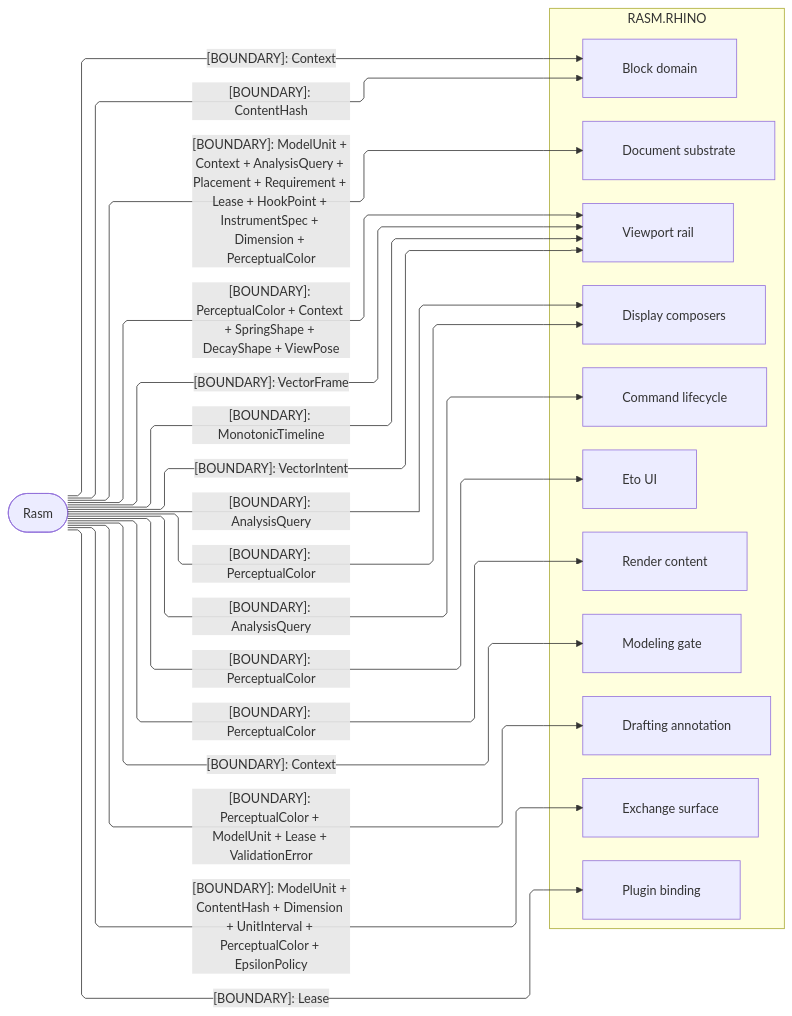
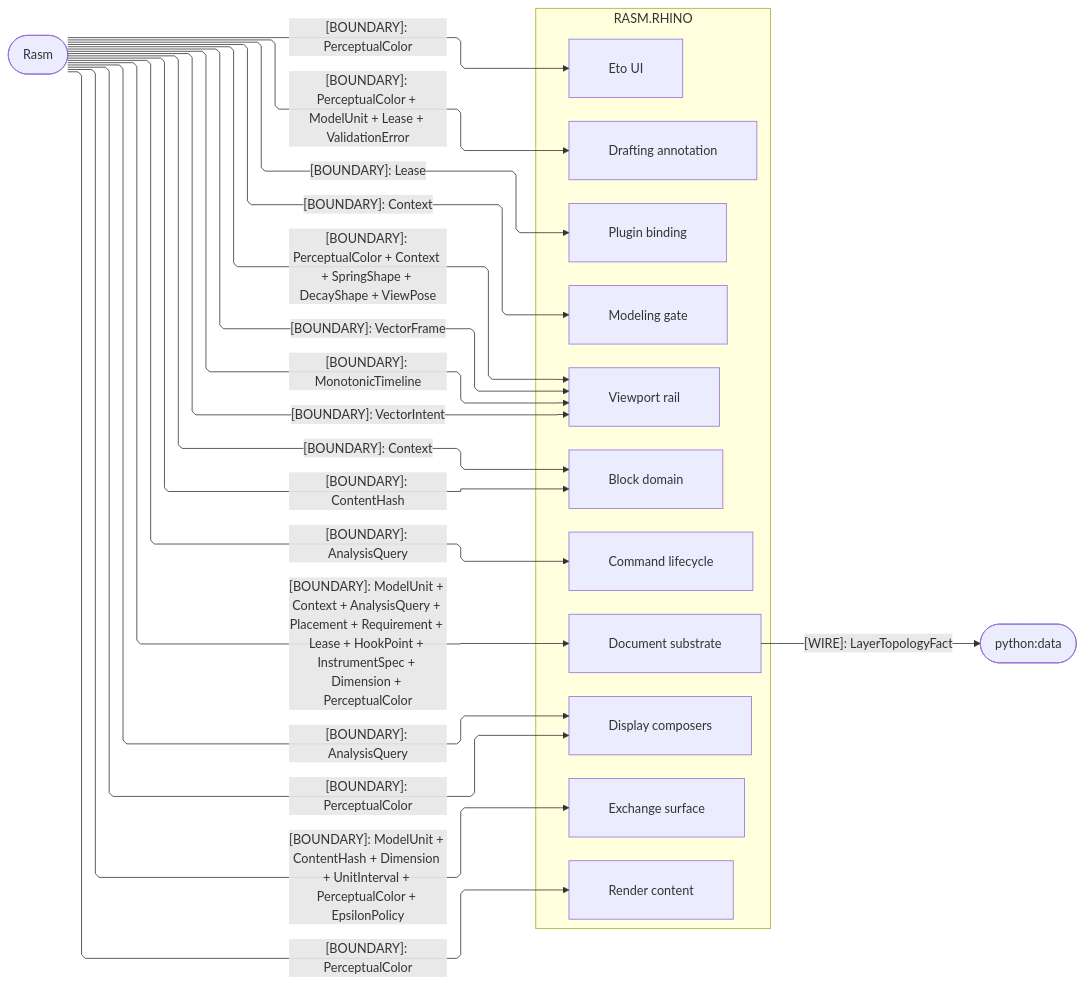
Before and after one commit to bsamiee/Rasm: the second of 3 diagrams in libs/csharp/Rasm.Rhino/ARCHITECTURE.md, drawn with Mermaid. The commit also changed other lines of this file and 84 other files, not shown here.

````diff
--- a/libs/csharp/Rasm.Rhino/ARCHITECTURE.md
+++ b/libs/csharp/Rasm.Rhino/ARCHITECTURE.md
@@ -180,42 +180,44 @@
 ```mermaid
 ---
 config:
   layout: elk
   flowchart:
     curve: linear
     padding: 25
 ---
 flowchart LR
     accTitle: Rasm.Rhino kernel-boundary seams
     accDescr: Rasm.Rhino host sub-domain owners consuming frozen-name value contracts down from the Rasm kernel, one boundary rail per consuming sub-domain.
     subgraph rhino[RASM.RHINO]
         Document[Document substrate]
         Commands[Command lifecycle]
         Blocks[Block domain]
         Modeling[Modeling gate]
         Annotation[Drafting annotation]
         Viewport[Viewport rail]
         Display[Display composers]
         Render[Render content]
         Exchange[Exchange surface]
         Eto[Eto UI]
         Plugin[Plugin binding]
     end
     Rasm([Rasm])
+    PyData([python:data])
     Rasm e1@-->|"[BOUNDARY]: ModelUnit + Context + AnalysisQuery + Placement + Requirement + Lease + HookPoint + InstrumentSpec + Dimension + PerceptualColor"| Document
     Rasm e2@-->|"[BOUNDARY]: VectorFrame"| Viewport
     Rasm e3@-->|"[BOUNDARY]: AnalysisQuery"| Commands
     Rasm e4@-->|"[BOUNDARY]: PerceptualColor"| Eto
     Rasm e5@-->|"[BOUNDARY]: MonotonicTimeline"| Viewport
     Rasm e6@-->|"[BOUNDARY]: VectorIntent"| Viewport
     Rasm e7@-->|"[BOUNDARY]: Context"| Modeling
     Rasm e8@-->|"[BOUNDARY]: ContentHash"| Blocks
     Rasm e9@-->|"[BOUNDARY]: PerceptualColor"| Display
     Rasm e14@-->|"[BOUNDARY]: AnalysisQuery"| Display
     Rasm e10@-->|"[BOUNDARY]: PerceptualColor"| Render
     Rasm e11@-->|"[BOUNDARY]: PerceptualColor + Context + SpringShape + DecayShape + ViewPose"| Viewport
     Rasm e12@-->|"[BOUNDARY]: PerceptualColor + ModelUnit + Lease + ValidationError"| Annotation
     Rasm e13@-->|"[BOUNDARY]: Context"| Blocks
     Rasm e15@-->|"[BOUNDARY]: ModelUnit + ContentHash + Dimension + UnitInterval + PerceptualColor + EpsilonPolicy"| Exchange
     Rasm e16@-->|"[BOUNDARY]: Lease"| Plugin
+    Document e17@-->|"[WIRE]: LayerTopologyFact"| PyData
 ```
````
